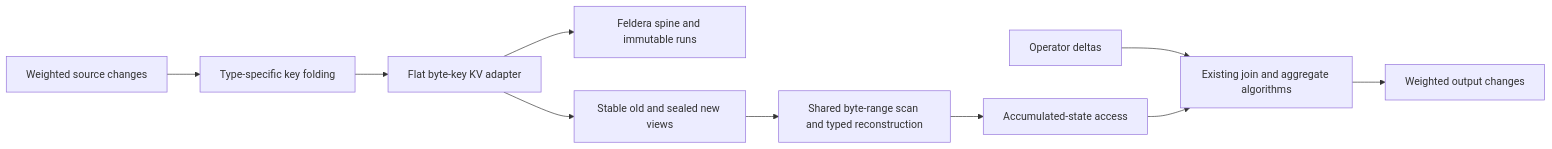
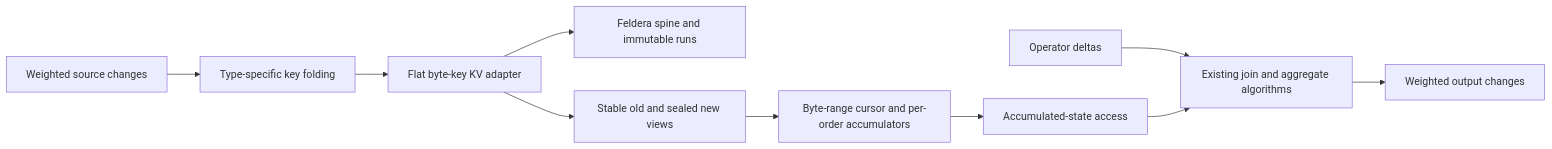
Before and after one commit to alicia-lyu/feldera: the first of 2 diagrams in docs/design/merged-index/README.md, drawn with Mermaid. The commit also changed other lines of this file and 2 other files, not shown here.

Commit message:
docs: make reconstruction scans and memory costs concrete

````diff
--- a/docs/design/merged-index/README.md
+++ b/docs/design/merged-index/README.md
@@ -58,12 +60,12 @@
 ```mermaid
 flowchart LR
     D[Weighted source changes] --> E[Type-specific key folding]
     E --> S[Flat byte-key KV adapter]
     S --> M[Feldera spine and immutable runs]
     S --> V[Stable old and sealed new views]
-    V --> R[Shared byte-range scan and typed reconstruction]
+    V --> R[Byte-range cursor and per-order accumulators]
     R --> A[Accumulated-state access]
     X[Operator deltas] --> O[Existing join and aggregate algorithms]
     A --> O
     O --> Y[Weighted output changes]
 ```
````
